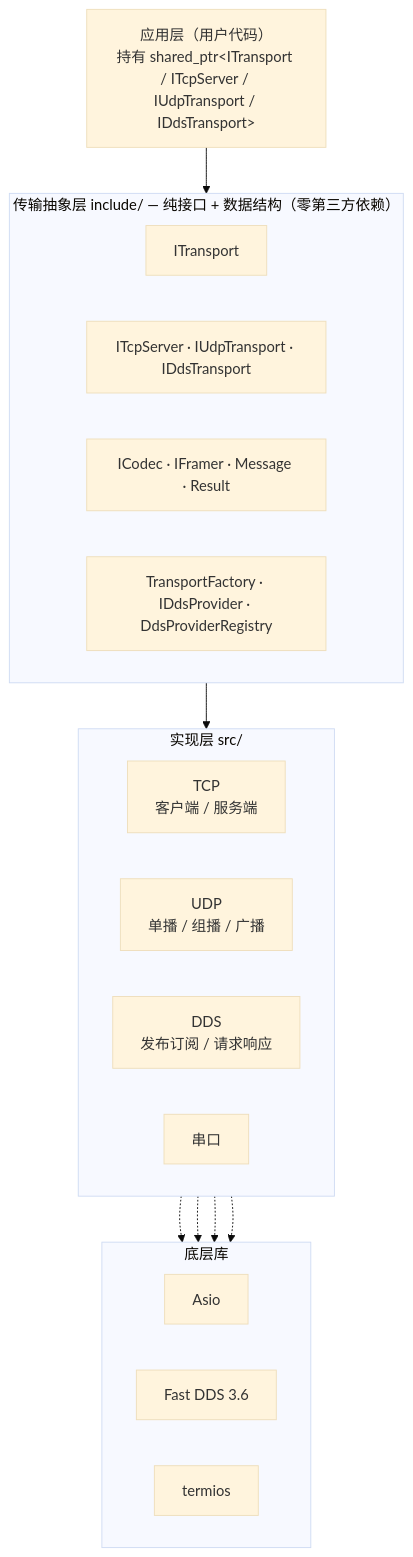
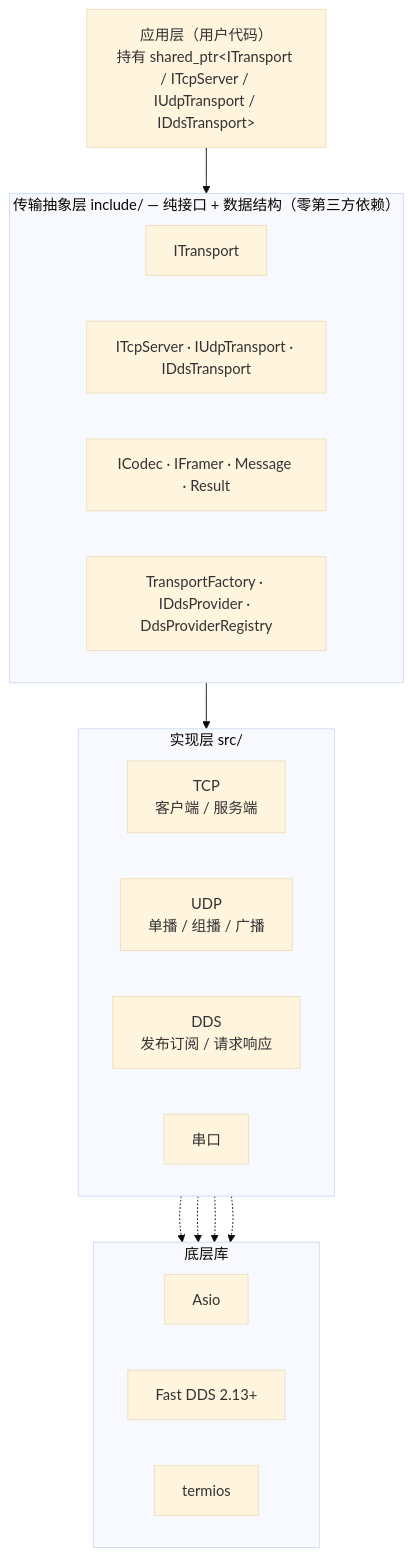
The first of 5 diagrams in docs/superpowers/specs/2026-06-09-transport-middleware-design.md (Ste7an-cs/Transport), drawn with Mermaid (base theme) before and after one commit. The commit also changed other lines of this file and 1 other file, not shown here.

Commit message:
docs: DDS 实现设计 spec（FastDDS 2.13/DdsQos[Cyber RT 借鉴]/Fake 分阶段测试/provider 注入）+ 主 spec 同步（§7.1 DdsQos、§12 版本、changelog）

````diff
--- a/docs/superpowers/specs/2026-06-09-transport-middleware-design.md
+++ b/docs/superpowers/specs/2026-06-09-transport-middleware-design.md
@@ -36,34 +37,34 @@
 ```mermaid
 flowchart TB
   App["应用层（用户代码）<br/>持有 shared_ptr&lt;ITransport / ITcpServer / IUdpTransport / IDdsTransport&gt;"]
 
   subgraph Abstraction["传输抽象层 include/ — 纯接口 + 数据结构（零第三方依赖）"]
     direction LR
     A1["ITransport"]
     A2["ITcpServer · IUdpTransport · IDdsTransport"]
     A3["ICodec · IFramer · Message · Result"]
     A4["TransportFactory · IDdsProvider · DdsProviderRegistry"]
   end
 
   subgraph Impl["实现层 src/"]
     direction LR
     TCP["TCP<br/>客户端 / 服务端"]
     UDP["UDP<br/>单播 / 组播 / 广播"]
     DDS["DDS<br/>发布订阅 / 请求响应"]
     Serial["串口"]
   end
 
   subgraph Libs["底层库"]
     direction LR
     asio["Asio"]
-    fastdds["Fast DDS 3.6"]
+    fastdds["Fast DDS 2.13+"]
     termios["termios"]
   end
 
   App --> Abstraction
   Abstraction --> Impl
   TCP -.-> asio
   UDP -.-> asio
   DDS -.-> fastdds
   Serial -.-> termios
 ```
````
